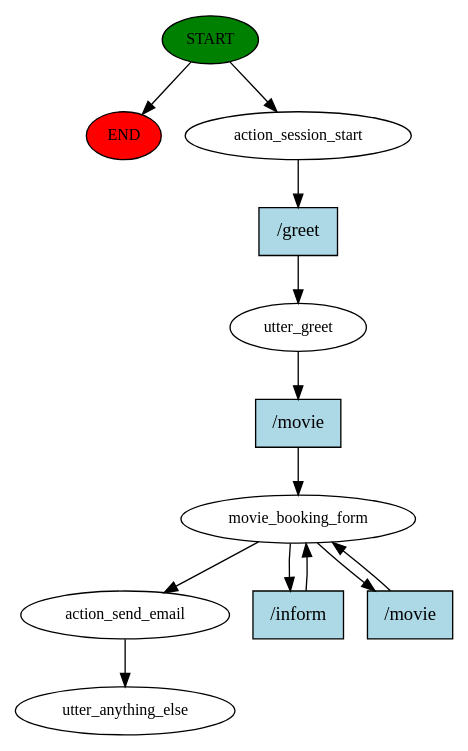
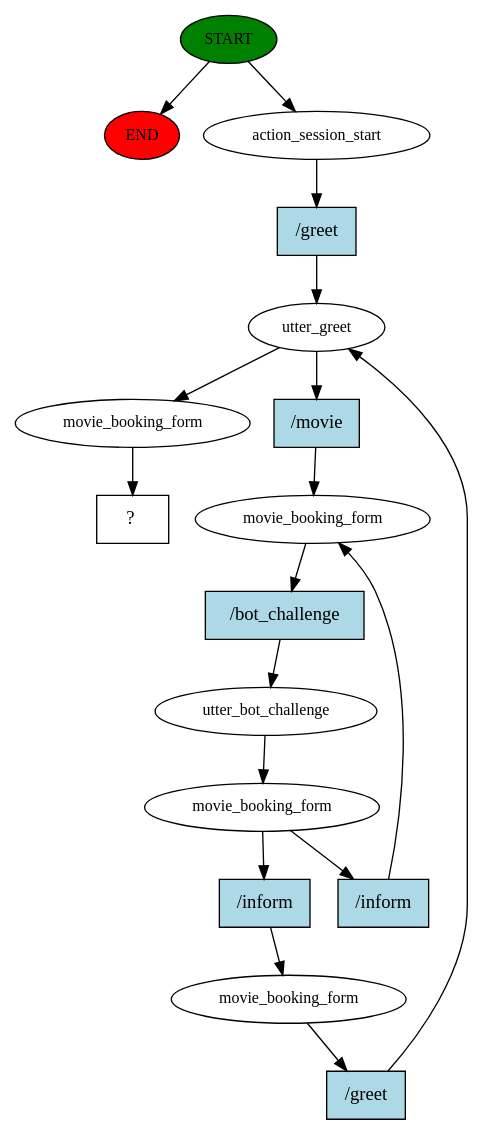
The diagram in SupportIQ/rasa/story_graph.dot (abhijitdeshpande83/GenAI), drawn with Graphviz before and after one commit. The commit also changed 3 other files, not shown here.

Commit message:
feat: add slot conditions and intent exclusions for interruptions - Added  to slots (form slots) to ensure proper form slot filling - Added  to prevent interruptions (e.g., greetings, bot challenges) from filling slots allowing interruption to trigger

```diff
--- a/SupportIQ/rasa/story_graph.dot
+++ b/SupportIQ/rasa/story_graph.dot
@@ -1,25 +1,35 @@
 digraph  {
 0 [class="start active", fillcolor=green, fontsize=12, label=START, style=filled];
 "-1" [class=end, fillcolor=red, fontsize=12, label=END, style=filled];
 1 [class=active, fontsize=12, label=action_session_start];
 2 [class=active, fontsize=12, label=utter_greet];
 3 [class=active, fontsize=12, label=movie_booking_form];
-9 [class=active, fontsize=12, label=action_send_email];
-10 [class="dashed active", fontsize=12, label=utter_anything_else];
-11 [class="intent active", fillcolor=lightblue, label="/greet", shape=rect, style=filled];
-12 [class="intent active", fillcolor=lightblue, label="/movie", shape=rect, style=filled];
-13 [class="intent active", fillcolor=lightblue, label="/inform", shape=rect, style=filled];
+4 [class=active, fontsize=12, label=utter_bot_challenge];
+5 [class=active, fontsize=12, label=movie_booking_form];
+9 [class=active, fontsize=12, label=movie_booking_form];
+11 [class=active, fontsize=12, label=movie_booking_form];
+12 [class="intent dashed active", label="  ?  ", shape=rect];
+13 [class="intent active", fillcolor=lightblue, label="/greet", shape=rect, style=filled];
 14 [class="intent active", fillcolor=lightblue, label="/movie", shape=rect, style=filled];
+15 [class="intent active", fillcolor=lightblue, label="/bot_challenge", shape=rect, style=filled];
+16 [class="intent active", fillcolor=lightblue, label="/inform", shape=rect, style=filled];
+17 [class="intent active", fillcolor=lightblue, label="/inform", shape=rect, style=filled];
+18 [class="intent active", fillcolor=lightblue, label="/greet", shape=rect, style=filled];
 0 -> "-1"  [class="", key=NONE, label=""];
 0 -> 1  [class=active, key=NONE, label=""];
-1 -> 11  [class=active, key=0];
-2 -> 12  [class=active, key=0];
-3 -> 9  [class=active, key=NONE, label=""];
-3 -> 13  [class=active, key=0];
-3 -> 14  [class=active, key=0];
-9 -> 10  [class=active, key=NONE, label=""];
-11 -> 2  [class=active, key=0];
-12 -> 3  [class=active, key=0];
-13 -> 3  [class=active, key=0];
+1 -> 13  [class=active, key=0];
+2 -> 11  [class=active, key=NONE, label=""];
+2 -> 14  [class=active, key=0];
+3 -> 15  [class=active, key=0];
+4 -> 5  [class=active, key=NONE, label=""];
+5 -> 16  [class=active, key=0];
+5 -> 17  [class=active, key=0];
+9 -> 18  [class=active, key=0];
+11 -> 12  [class=active, key=NONE, label=""];
+13 -> 2  [class=active, key=0];
 14 -> 3  [class=active, key=0];
+15 -> 4  [class=active, key=0];
+16 -> 3  [class=active, key=0];
+17 -> 9  [class=active, key=0];
+18 -> 2  [class=active, key=0];
 }
```
